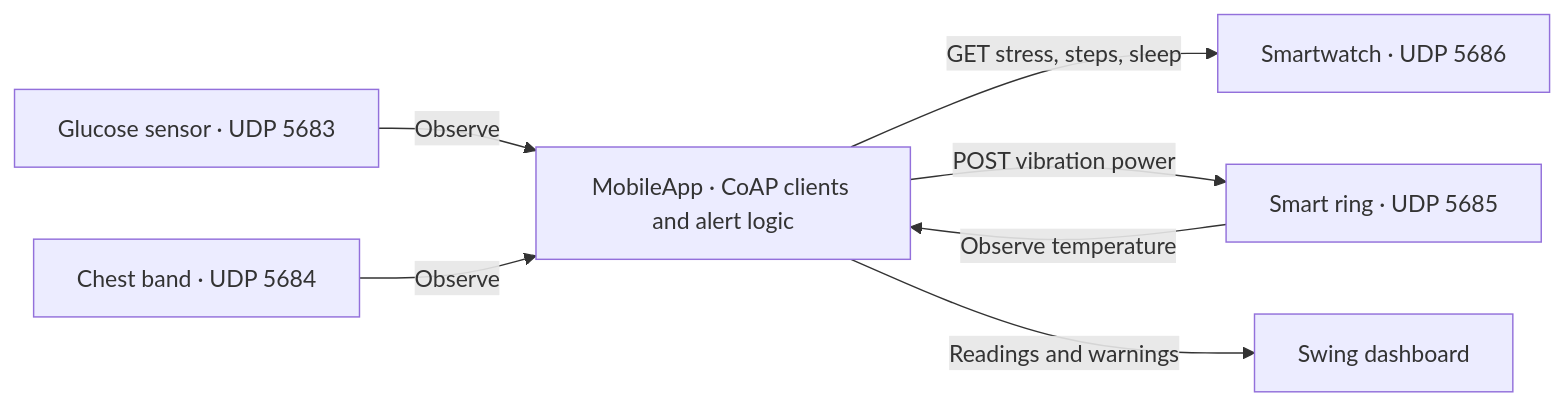
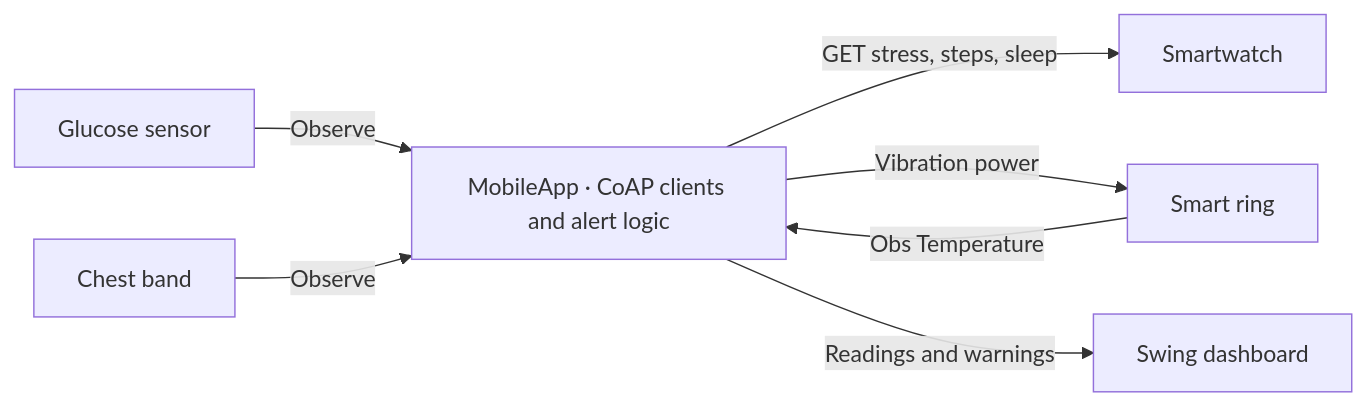
Before and after one commit to LConsalvo/IoT_Health_Monitoring_System: the diagram in README.md, drawn with Mermaid. The commit also changed other lines of this file, not shown here.

Commit message:
readme changes

````diff
--- a/README.md
+++ b/README.md
@@ -11,9 +11,9 @@
 ```mermaid
 flowchart LR
-    glucose["Glucose sensor · UDP 5683"] -->|Observe| app["MobileApp · CoAP clients and alert logic"]
-    chest["Chest band · UDP 5684"] -->|Observe| app
-    ring["Smart ring · UDP 5685"] -->|Observe temperature| app
-    app -->|GET stress, steps, sleep| watch["Smartwatch · UDP 5686"]
-    app -->|POST vibration power| ring
+    glucose["Glucose sensor"] -->|Observe| app["MobileApp · CoAP clients and alert logic"]
+    chest["Chest band"] -->|Observe| app
+    ring["Smart ring"] -->|Obs Temperature| app
+    app -->|GET stress, steps, sleep| watch["Smartwatch"]
+    app -->|Vibration power| ring
     app -->|Readings and warnings| dashboard["Swing dashboard"]
 ```
````
